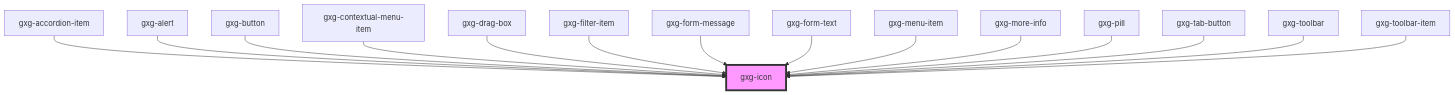
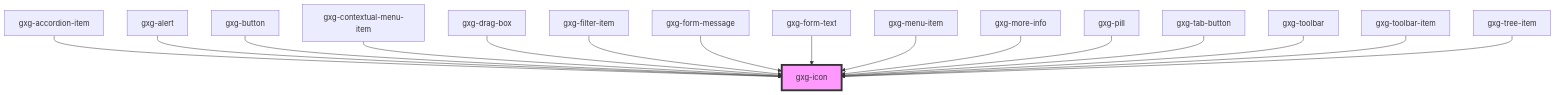
One commit to genexuslabs/gemini changed the diagram in src/components/icon/readme.md. Above: the diagram before and after it, drawn with Mermaid. The commit also changed other lines of this file and 6 other files, not shown here.

````diff
--- a/src/components/icon/readme.md
+++ b/src/components/icon/readme.md
@@ -35,18 +36,19 @@
 ```mermaid
 graph TD;
   gxg-accordion-item --> gxg-icon
   gxg-alert --> gxg-icon
   gxg-button --> gxg-icon
   gxg-contextual-menu-item --> gxg-icon
   gxg-drag-box --> gxg-icon
   gxg-filter-item --> gxg-icon
   gxg-form-message --> gxg-icon
   gxg-form-text --> gxg-icon
   gxg-menu-item --> gxg-icon
   gxg-more-info --> gxg-icon
   gxg-pill --> gxg-icon
   gxg-tab-button --> gxg-icon
   gxg-toolbar --> gxg-icon
   gxg-toolbar-item --> gxg-icon
+  gxg-tree-item --> gxg-icon
   style gxg-icon fill:#f9f,stroke:#333,stroke-width:4px
 ```
````
